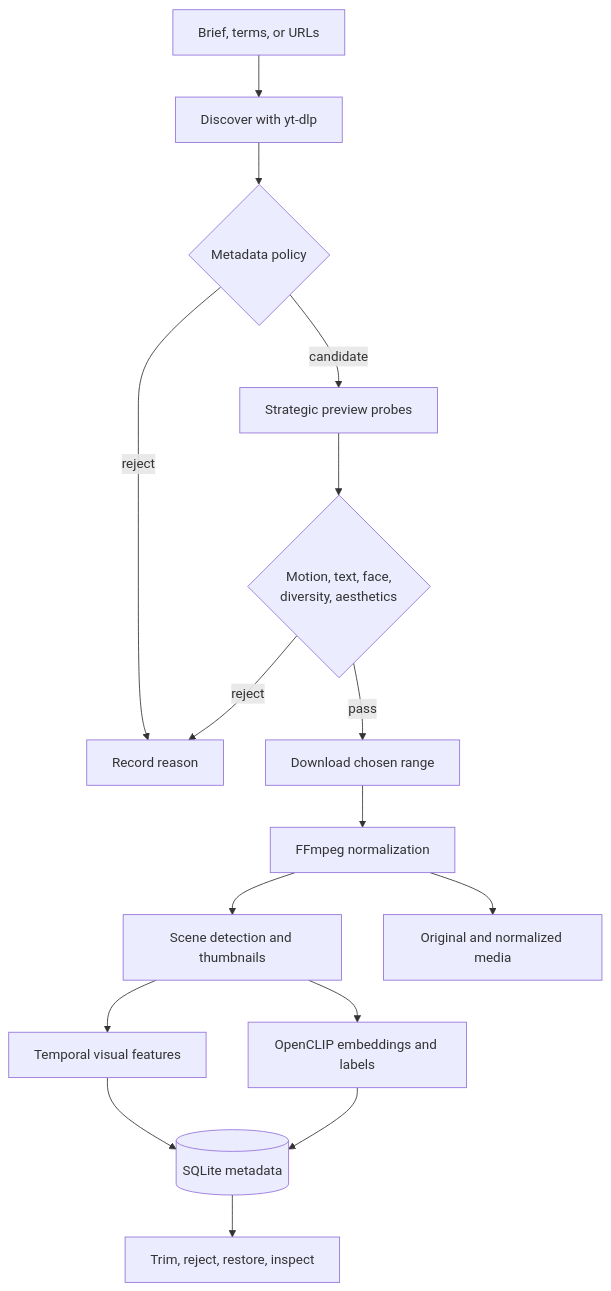
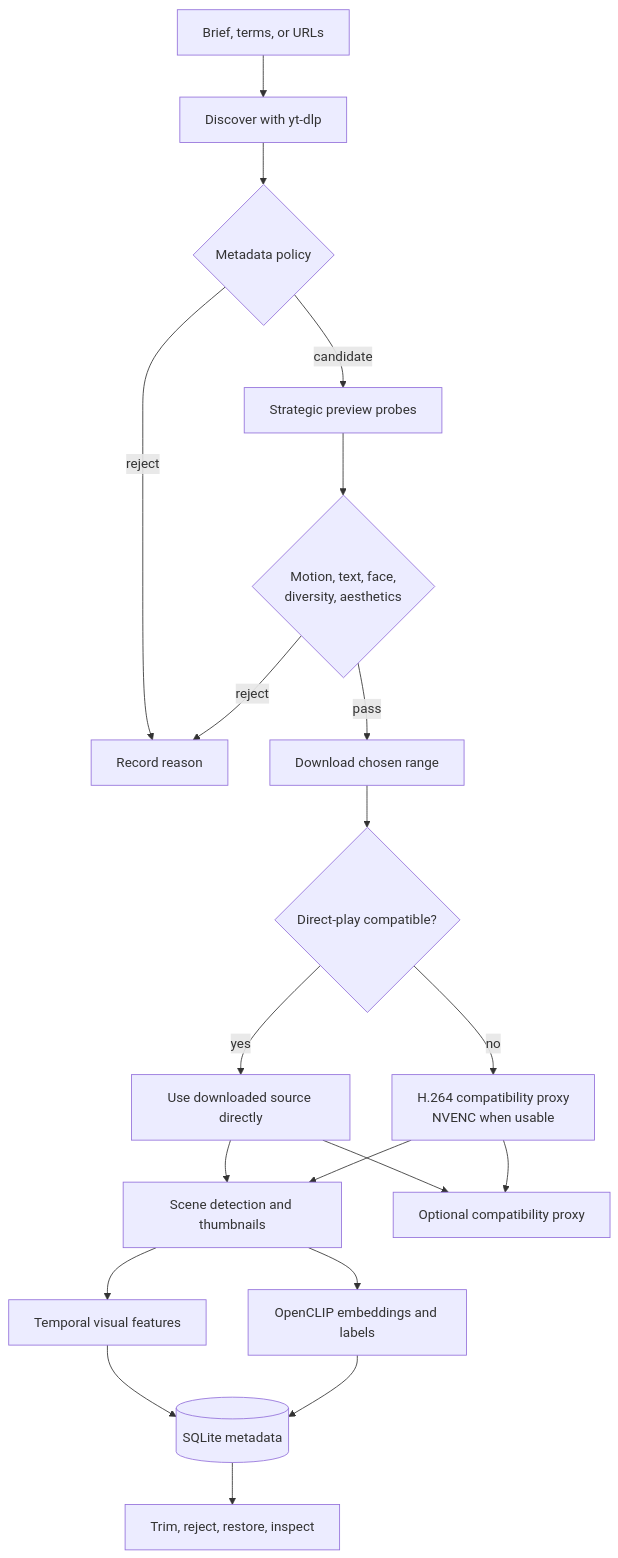
Before and after one commit to interrupt21h/tubeviz: the seventh of 22 diagrams in README.md, drawn with Mermaid. The commit also changed other lines of this file and 33 other files, not shown here.

````diff
--- a/README.md
+++ b/README.md
@@ -582,18 +582,22 @@
 ```mermaid
 flowchart TD
     S["Brief, terms, or URLs"] --> D["Discover with yt-dlp"]
     D --> M{"Metadata policy"}
     M -->|reject| R1["Record reason"]
     M -->|candidate| P["Strategic preview probes"]
     P --> Q{"Motion, text, face,\ndiversity, aesthetics"}
     Q -->|reject| R1
     Q -->|pass| DL["Download chosen range"]
-    DL --> N["FFmpeg normalization"]
-    N --> SC["Scene detection and thumbnails"]
+    DL --> PREP{"Direct-play compatible?"}
+    PREP -->|yes| SRC["Use downloaded source directly"]
+    PREP -->|no| N["H.264 compatibility proxy<br/>NVENC when usable"]
+    SRC --> SC["Scene detection and thumbnails"]
+    N --> SC
     SC --> VF["Temporal visual features"]
     SC --> OC["OpenCLIP embeddings and labels"]
     VF --> DB[("SQLite metadata")]
     OC --> DB
-    N --> MEDIA["Original and normalized media"]
+    SRC --> MEDIA["Canonical source media"]
+    N --> MEDIA["Optional compatibility proxy"]
     DB --> CURATE["Trim, reject, restore, inspect"]
 ```
````
